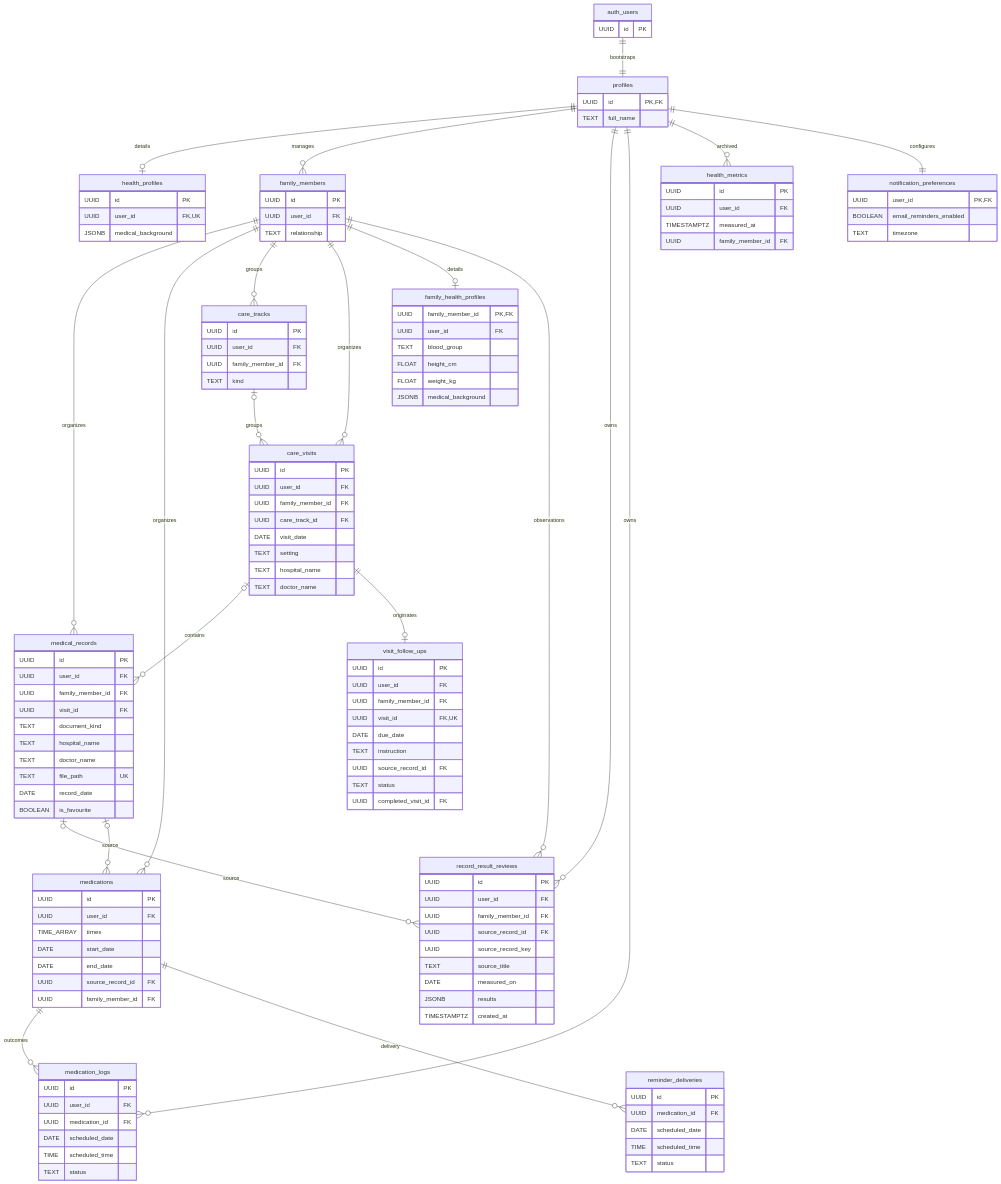
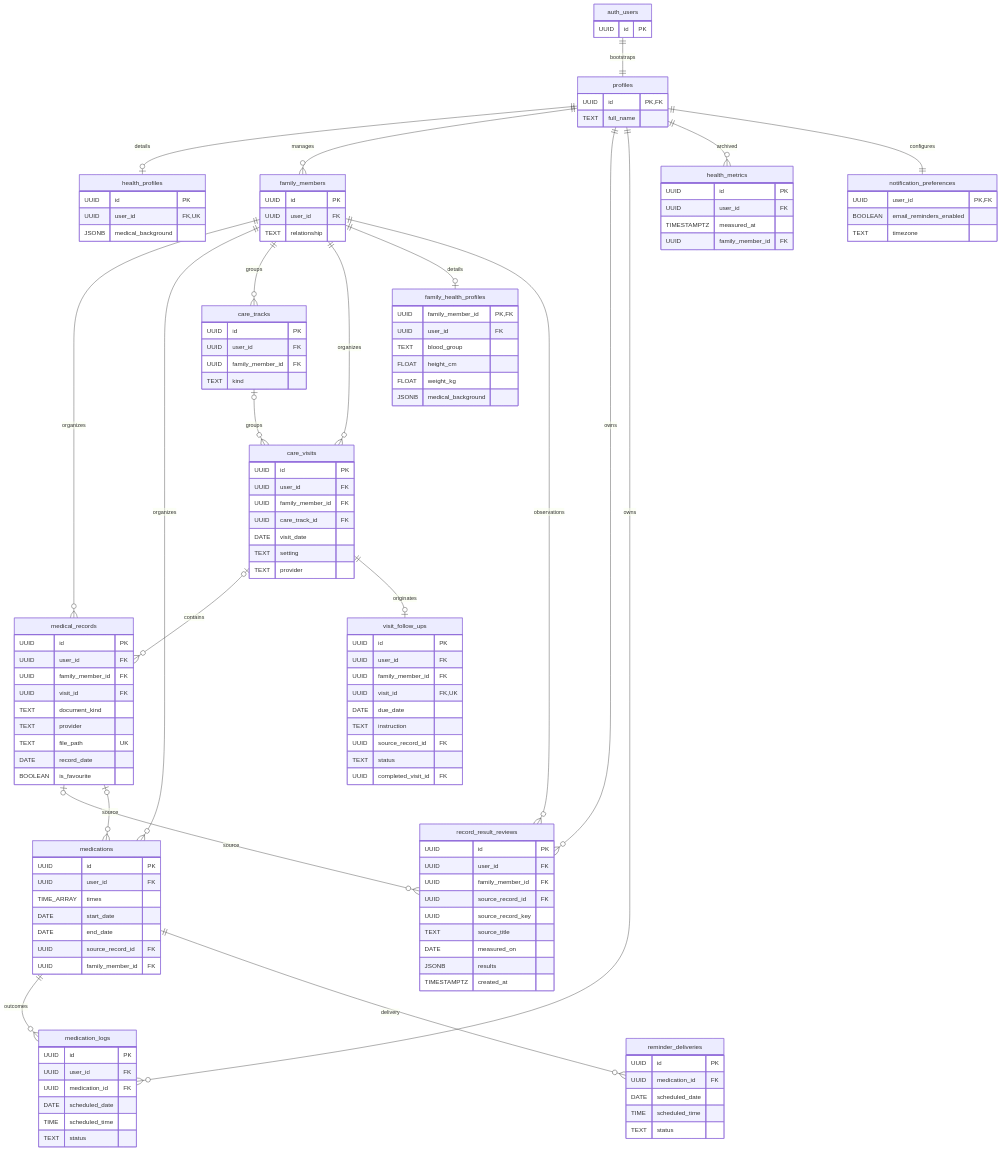
One commit to adrock18/medivault changed the fourth of 4 diagrams in docs/architecture.md. Above: the diagram before and after it, drawn with Mermaid. The commit also changed 27 other files, not shown here.

```diff
--- a/docs/architecture.md
+++ b/docs/architecture.md
@@ -152,8 +152,7 @@
     UUID family_member_id FK
     UUID visit_id FK
     TEXT document_kind
-    TEXT hospital_name
-    TEXT doctor_name
+    TEXT provider
     TEXT file_path UK
     DATE record_date
     BOOLEAN is_favourite
@@ -191,8 +190,7 @@
     UUID care_track_id FK
     DATE visit_date
     TEXT setting
-    TEXT hospital_name
-    TEXT doctor_name
+    TEXT provider
   }
   visit_follow_ups {
     UUID id PK
```
